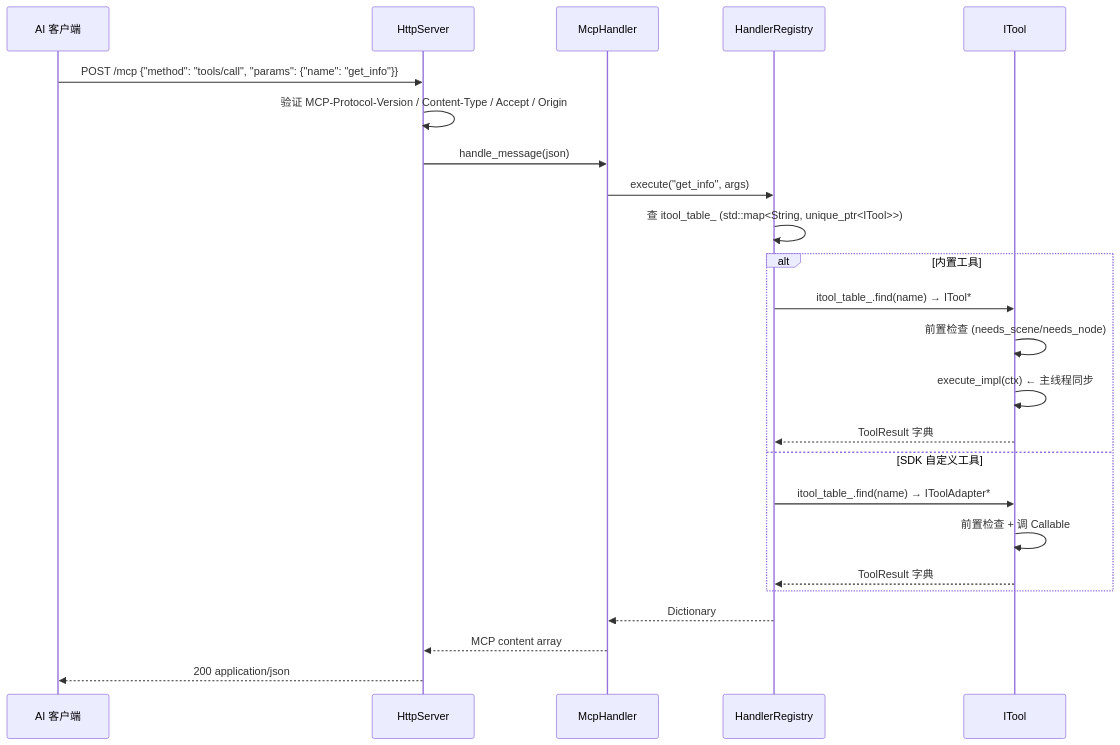
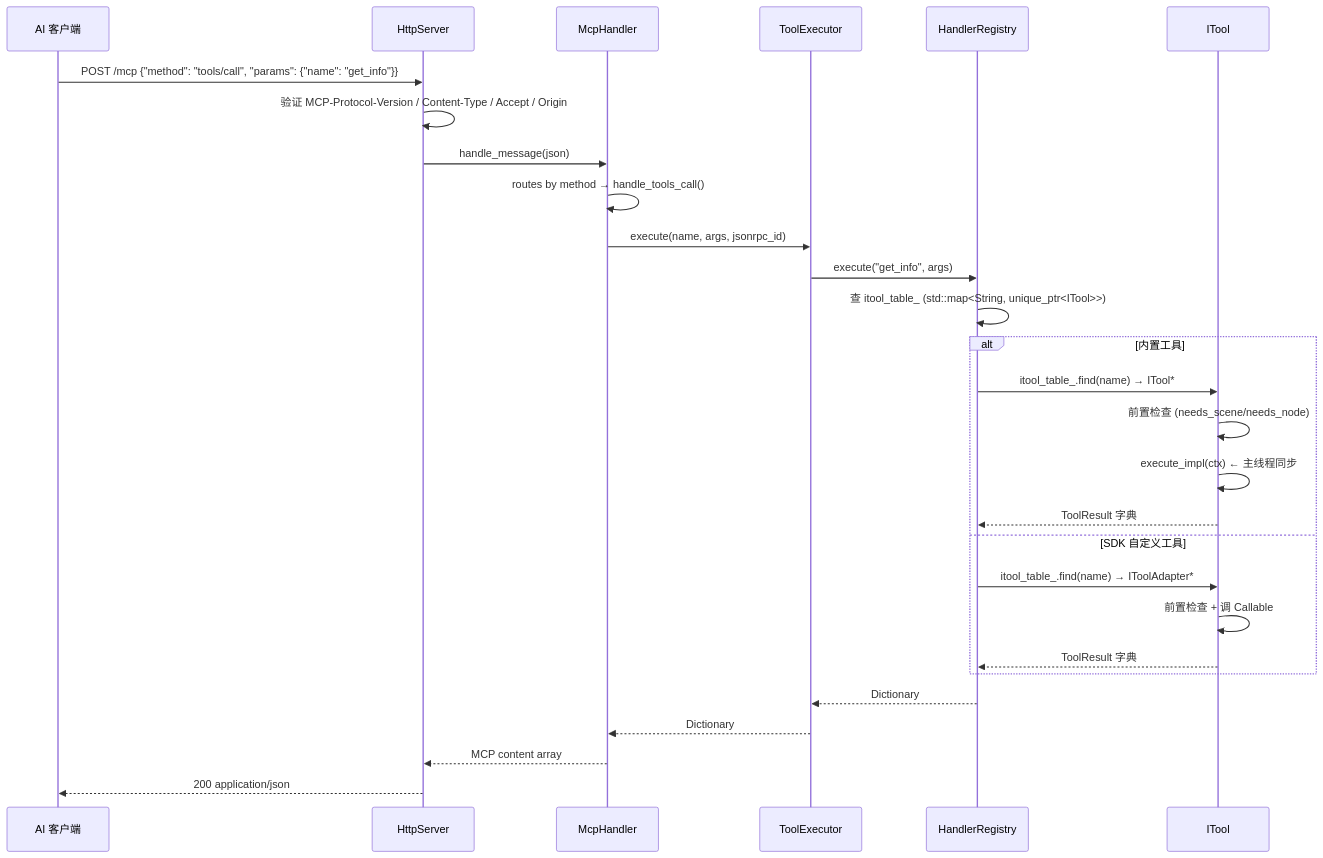
The first of 2 diagrams in .repo_wiki/modules/command-routing.md (jesspig/GodotMCP-GDExtension), drawn with Mermaid before and after one commit. The commit also changed other lines of this file and 41 other files, not shown here.

````diff
--- a/.repo_wiki/modules/command-routing.md
+++ b/.repo_wiki/modules/command-routing.md
@@ -5,26 +5,30 @@
 ```mermaid
 sequenceDiagram
     participant AI as AI 客户端
     participant H as HttpServer
     participant M as McpHandler
+    participant E as ToolExecutor
     participant G as HandlerRegistry
     participant T as ITool
     AI->>H: POST /mcp {"method": "tools/call", "params": {"name": "get_info"}}
     H->>H: 验证 MCP-Protocol-Version / Content-Type / Accept / Origin
     H->>M: handle_message(json)
-    M->>G: execute("get_info", args)
+    M->>M: routes by method → handle_tools_call()
+    M->>E: execute(name, args, jsonrpc_id)
+    E->>G: execute("get_info", args)
     G->>G: 查 itool_table_ (std::map<String, unique_ptr<ITool>>)
     alt 内置工具
         G->>T: itool_table_.find(name) → ITool*
         T->>T: 前置检查 (needs_scene/needs_node)
         T->>T: execute_impl(ctx) ← 主线程同步
         T-->>G: ToolResult 字典
     else SDK 自定义工具
         G->>T: itool_table_.find(name) → IToolAdapter*
         T->>T: 前置检查 + 调 Callable
         T-->>G: ToolResult 字典
     end
-    G-->>M: Dictionary
+    G-->>E: Dictionary
+    E-->>M: Dictionary
     M-->>H: MCP content array
     H-->>AI: 200 application/json
 ```
````
